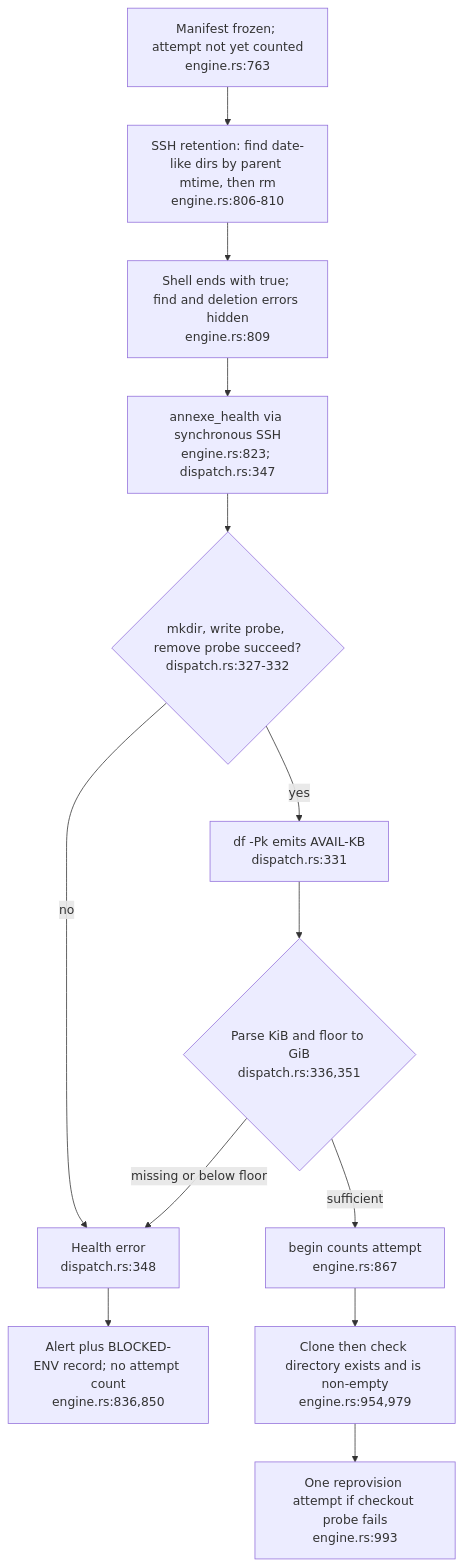
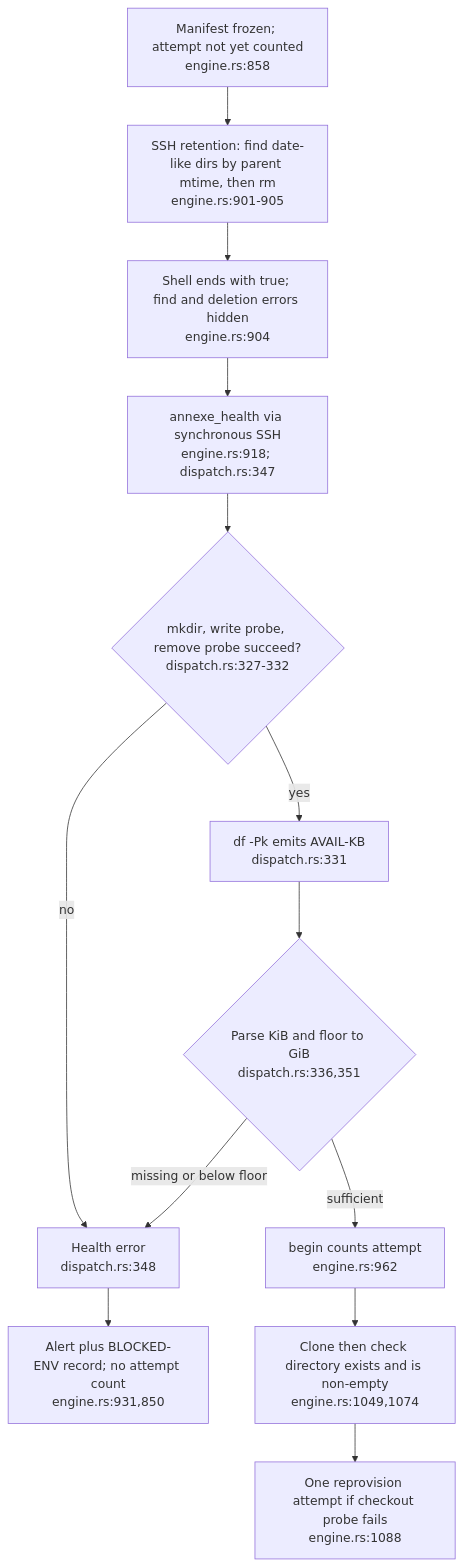
Diagram 18 of 24 in docs/diagrams/agentbox/23-dream-engine.md (DreamLab-AI/VisionFlow), drawn with Mermaid before and after one commit. The commit also changed other lines of this file, not shown here.

First line of the commit message:
docs(diagrams): re-stamp AB-23 dream engine at agentbox 720e0d896 and dream-engine b40d507

````diff
--- a/docs/diagrams/agentbox/23-dream-engine.md
+++ b/docs/diagrams/agentbox/23-dream-engine.md
@@ -533,15 +533,15 @@
 ```mermaid
 flowchart TB
-    MAN["Manifest frozen; attempt not yet counted<br/>engine.rs:763"] --> SWEEP["SSH retention: find date-like dirs by parent mtime, then rm<br/>engine.rs:806-810"]
-    SWEEP --> MASK["Shell ends with true; find and deletion errors hidden<br/>engine.rs:809"]
-    MASK --> SSH["annexe_health via synchronous SSH<br/>engine.rs:823; dispatch.rs:347"]
+    MAN["Manifest frozen; attempt not yet counted<br/>engine.rs:858"] --> SWEEP["SSH retention: find date-like dirs by parent mtime, then rm<br/>engine.rs:901-905"]
+    SWEEP --> MASK["Shell ends with true; find and deletion errors hidden<br/>engine.rs:904"]
+    MASK --> SSH["annexe_health via synchronous SSH<br/>engine.rs:918; dispatch.rs:347"]
     SSH --> WRITE{"mkdir, write probe, remove probe succeed?<br/>dispatch.rs:327-332"}
     WRITE -->|no| FAIL["Health error<br/>dispatch.rs:348"]
     WRITE -->|yes| DF["df -Pk emits AVAIL-KB<br/>dispatch.rs:331"]
     DF --> PARSE{"Parse KiB and floor to GiB<br/>dispatch.rs:336,351"}
     PARSE -->|missing or below floor| FAIL
-    PARSE -->|sufficient| BEGIN["begin counts attempt<br/>engine.rs:867"]
-    FAIL --> REC["Alert plus BLOCKED-ENV record; no attempt count<br/>engine.rs:836,850"]
-    BEGIN --> CLONE["Clone then check directory exists and is non-empty<br/>engine.rs:954,979"]
-    CLONE --> RETRY["One reprovision attempt if checkout probe fails<br/>engine.rs:993"]
+    PARSE -->|sufficient| BEGIN["begin counts attempt<br/>engine.rs:962"]
+    FAIL --> REC["Alert plus BLOCKED-ENV record; no attempt count<br/>engine.rs:931,850"]
+    BEGIN --> CLONE["Clone then check directory exists and is non-empty<br/>engine.rs:1049,1074"]
+    CLONE --> RETRY["One reprovision attempt if checkout probe fails<br/>engine.rs:1088"]
 ```
````
